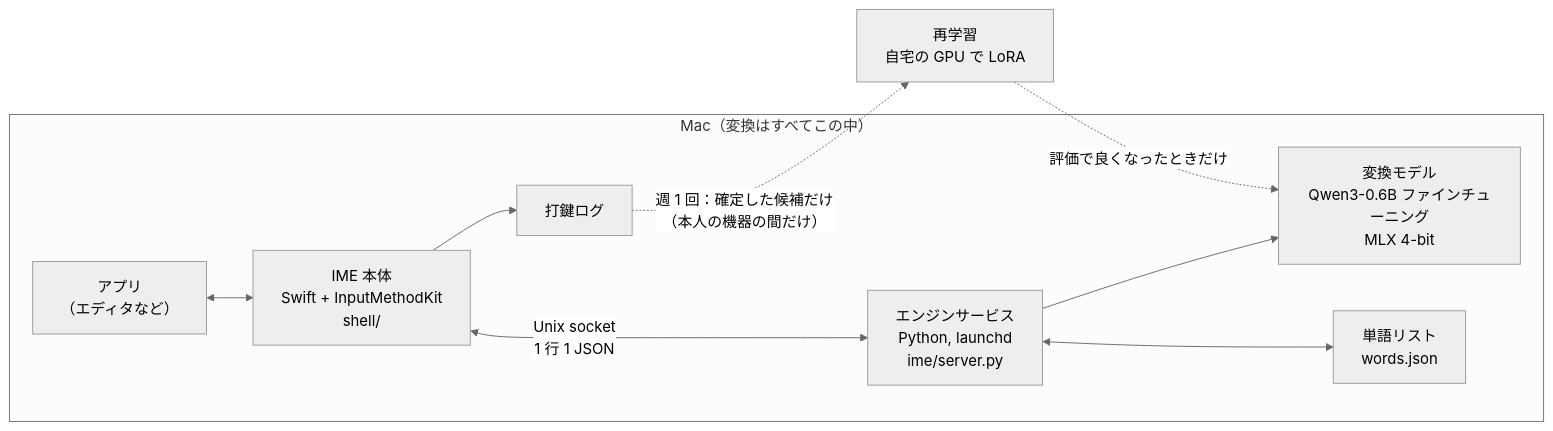
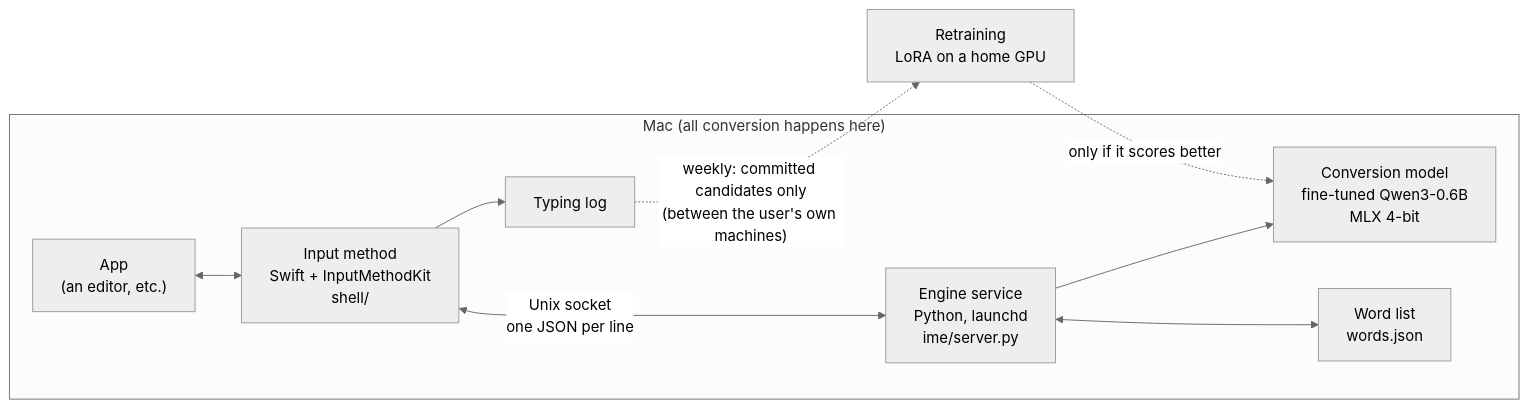
One commit to yizilian-iren/llm-ime changed the diagram in README.md. Above: the diagram before and after it, drawn with Mermaid (neutral theme). The commit also changed other lines of this file and 2 other files, not shown here.

First line of the commit message:
README in English first, Japanese in README.ja.md, Chinese stays; all three link to each other (6C.2, D-045)

````diff
--- a/README.md
+++ b/README.md
@@ -23,18 +23,18 @@
 ```mermaid
 flowchart LR
-  subgraph Mac["Mac（変換はすべてこの中）"]
-    App["アプリ<br/>（エディタなど）"]
-    Shell["IME 本体<br/>Swift + InputMethodKit<br/>shell/"]
-    Engine["エンジンサービス<br/>Python, launchd<br/>ime/server.py"]
-    Model["変換モデル<br/>Qwen3-0.6B ファインチューニング<br/>MLX 4-bit"]
-    Words["単語リスト<br/>words.json"]
-    Log["打鍵ログ"]
+  subgraph Mac["Mac (all conversion happens here)"]
+    App["App<br/>(an editor, etc.)"]
+    Shell["Input method<br/>Swift + InputMethodKit<br/>shell/"]
+    Engine["Engine service<br/>Python, launchd<br/>ime/server.py"]
+    Model["Conversion model<br/>fine-tuned Qwen3-0.6B<br/>MLX 4-bit"]
+    Words["Word list<br/>words.json"]
+    Log["Typing log"]
     App <--> Shell
-    Shell <-->|"Unix socket<br/>1 行 1 JSON"| Engine
+    Shell <-->|"Unix socket<br/>one JSON per line"| Engine
     Engine --> Model
     Engine <--> Words
     Shell --> Log
   end
-  Log -.->|"週 1 回：確定した候補だけ<br/>（本人の機器の間だけ）"| Retrain["再学習<br/>自宅の GPU で LoRA"]
-  Retrain -.->|"評価で良くなったときだけ"| Model
+  Log -.->|"weekly: committed candidates only<br/>(between the user's own machines)"| Retrain["Retraining<br/>LoRA on a home GPU"]
+  Retrain -.->|"only if it scores better"| Model
 ```
````
